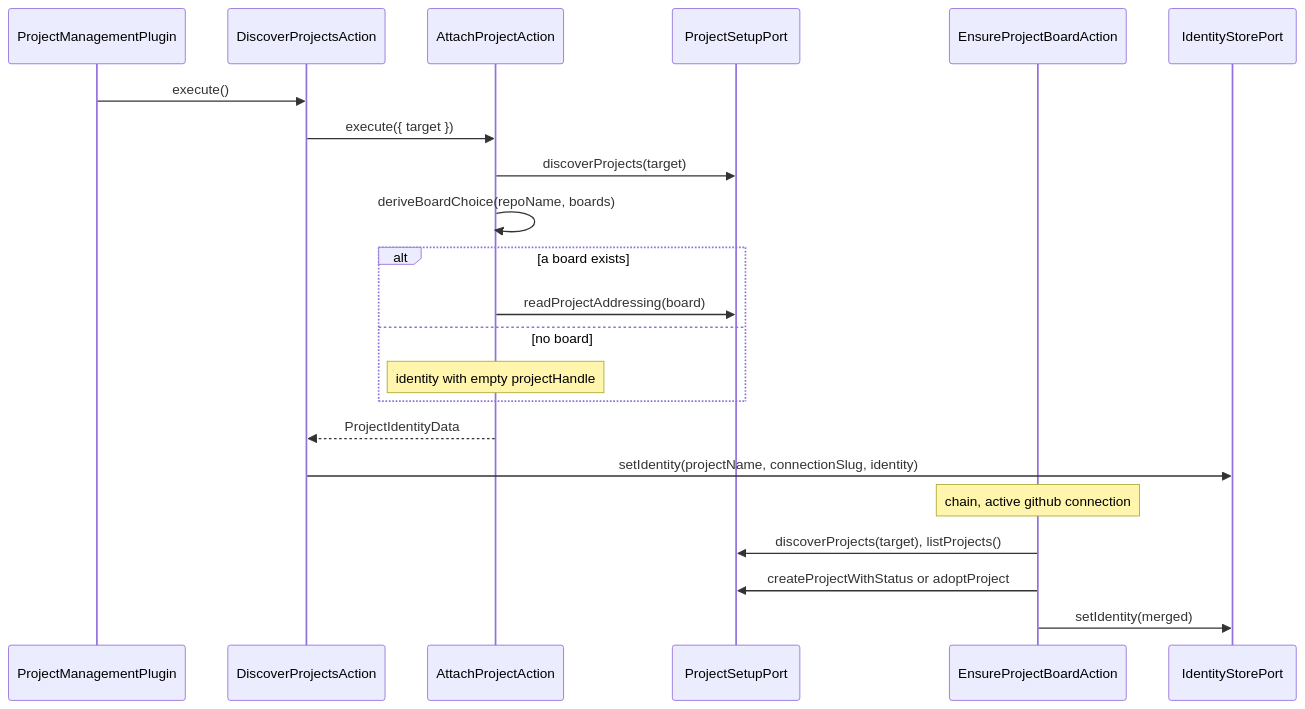
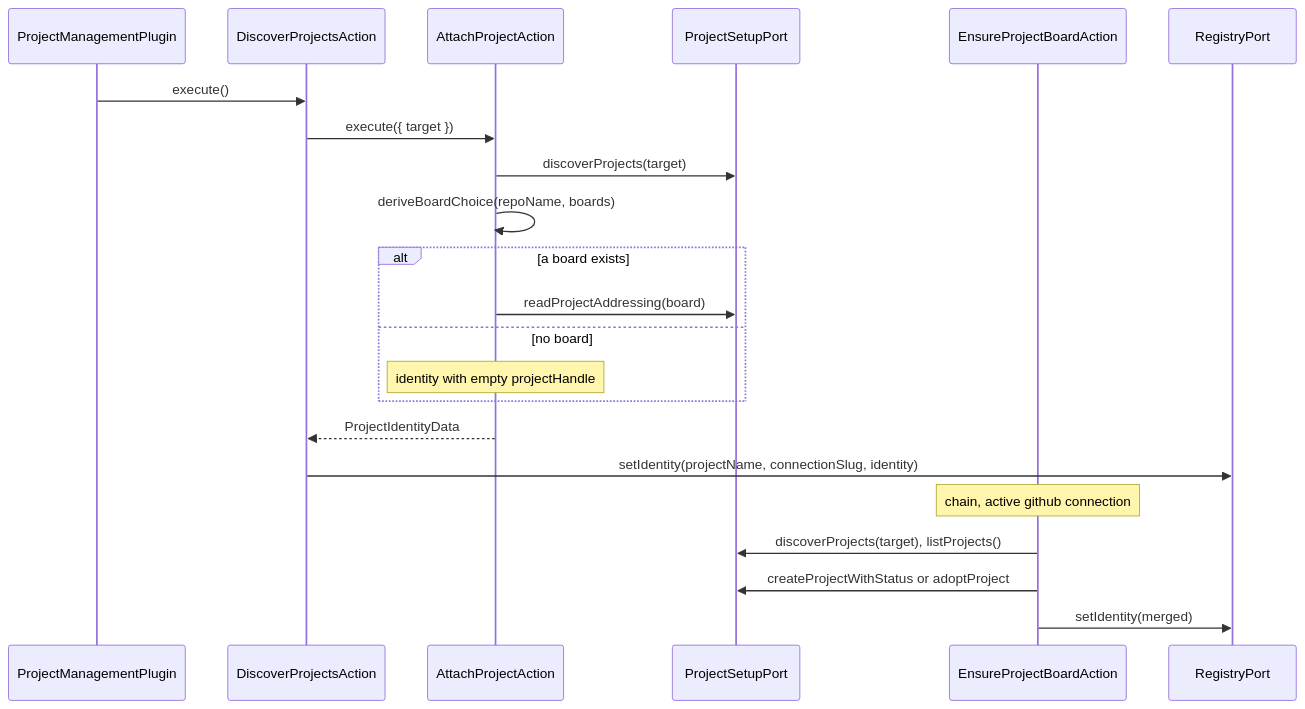
One commit to 99linesofcode/obsidian-project-management changed diagram 18 of 18 in docs/developer-manual.md. Above: the diagram before and after it, drawn with Mermaid. The commit also changed other lines of this file and 39 other files, not shown here.

First line of the commit message:
refactor(registry): collapse the registry ports into one RegistryPort

````diff
--- a/docs/developer-manual.md
+++ b/docs/developer-manual.md
@@ -825,25 +825,25 @@
 ```mermaid
 sequenceDiagram
   participant P as ProjectManagementPlugin
   participant D as DiscoverProjectsAction
   participant A as AttachProjectAction
   participant Setup as ProjectSetupPort
   participant Ens as EnsureProjectBoardAction
-  participant SS as IdentityStorePort
+  participant SS as RegistryPort
 
   P->>D: execute()
   D->>A: execute({ target })
   A->>Setup: discoverProjects(target)
   A->>A: deriveBoardChoice(repoName, boards)
   alt a board exists
     A->>Setup: readProjectAddressing(board)
   else no board
     Note over A: identity with empty projectHandle
   end
   A-->>D: ProjectIdentityData
   D->>SS: setIdentity(projectName, connectionSlug, identity)
   Note over Ens: chain, active github connection
   Ens->>Setup: discoverProjects(target), listProjects()
   Ens->>Setup: createProjectWithStatus or adoptProject
   Ens->>SS: setIdentity(merged)
 ```
````
